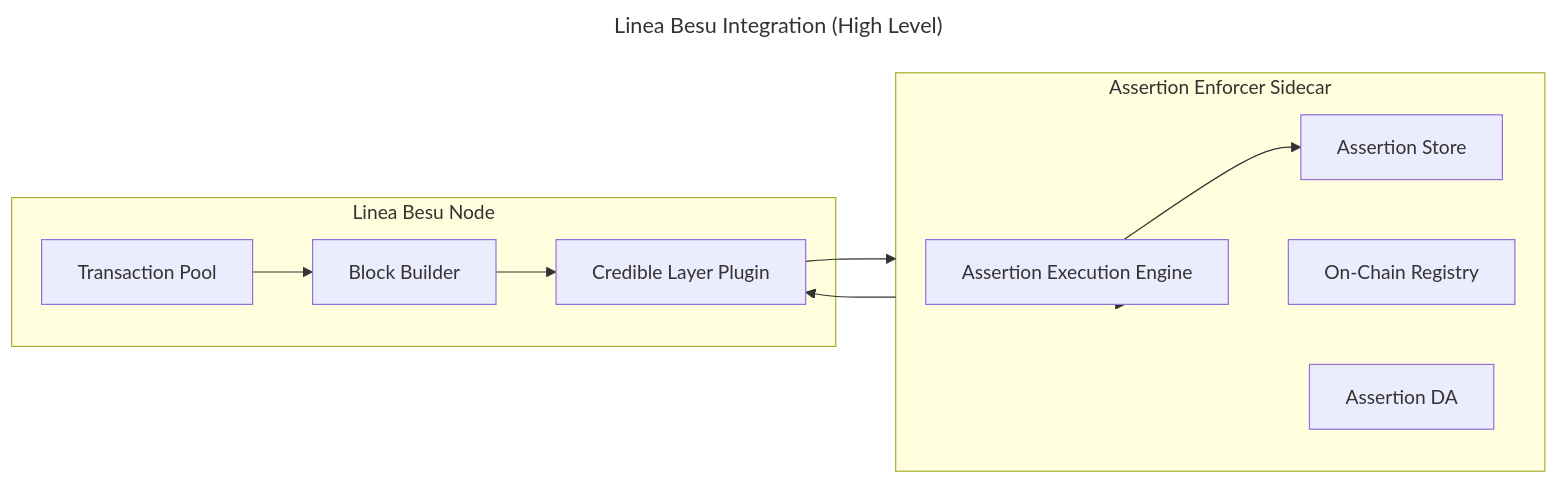
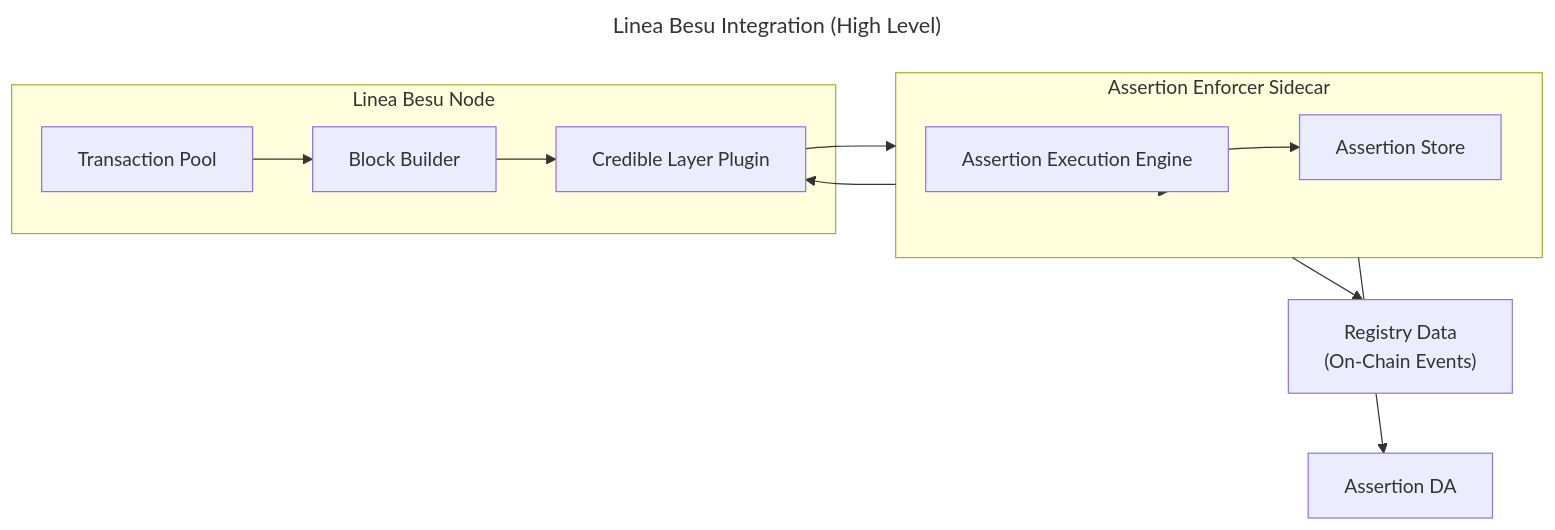
The diagram in credible/architecture-linea.mdx (phylaxsystems/phylax-docs), drawn with Mermaid before and after one commit. The commit also changed other lines of this file and 9 other files, not shown here.

````diff
--- a/credible/architecture-linea.mdx
+++ b/credible/architecture-linea.mdx
@@ -22,27 +22,28 @@
 ```mermaid
 ---
 title: Linea Besu Integration (High Level)
 ---
 flowchart LR
   subgraph BesuNode["Linea Besu Node"]
     TxPool["Transaction Pool"]
     Builder["Block Builder"]
     Plugin["Credible Layer Plugin"]
   end
 
   subgraph Sidecar["Assertion Enforcer Sidecar"]
     Engine["Assertion Execution Engine"]
     Store["Assertion Store"]
-    Registry["On-Chain Registry"]
-    DA["Assertion DA"]
   end
+
+  Registry["Registry Data<br/>(On-Chain Events)"]
+  DA["Assertion DA"]
 
   TxPool --> Builder
   Builder --> Plugin
   Plugin --> Sidecar
   Sidecar --> Plugin
   Sidecar --> Engine
   Engine --> Store
   Sidecar --> Registry
   Sidecar --> DA
 ```
````
